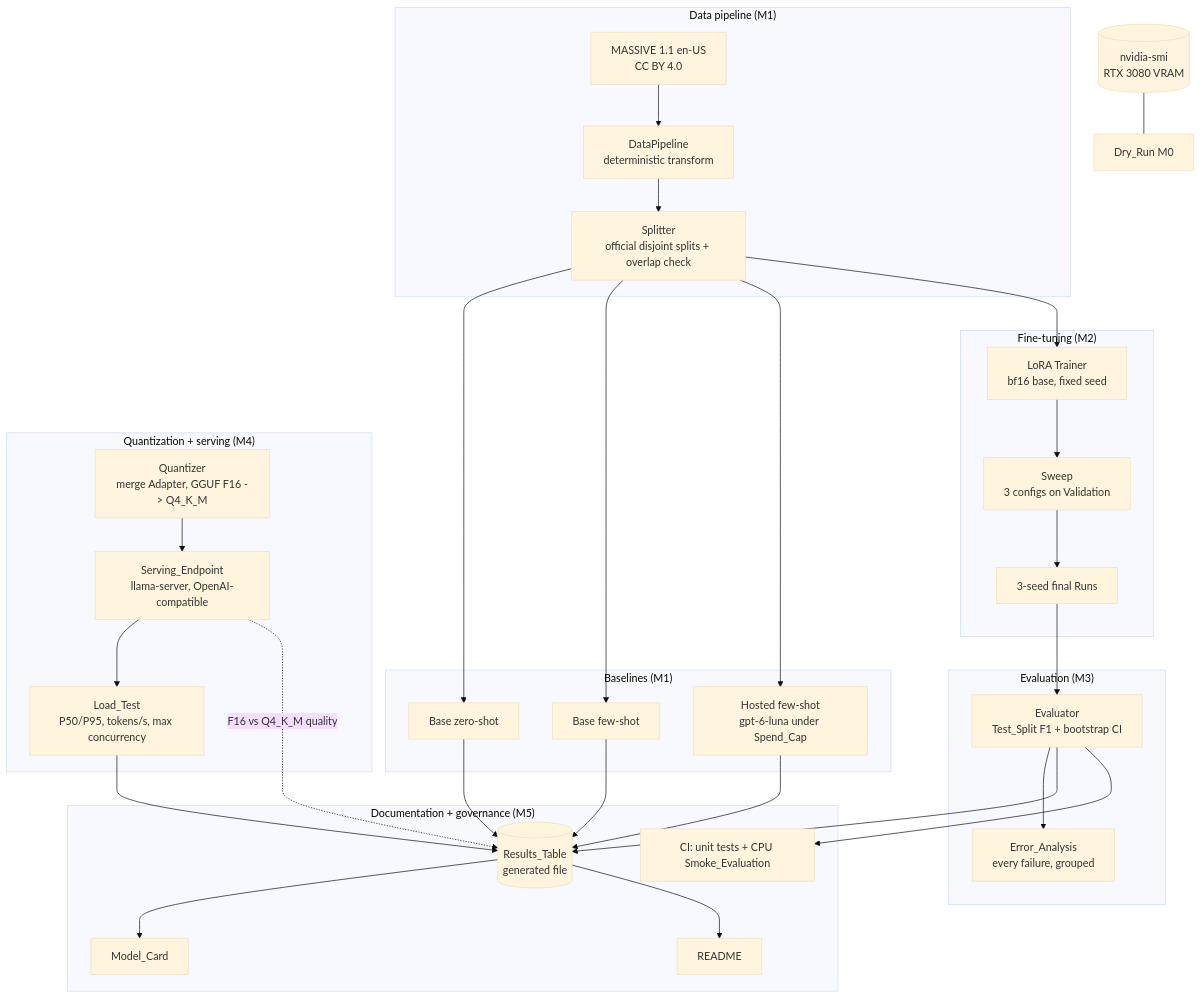
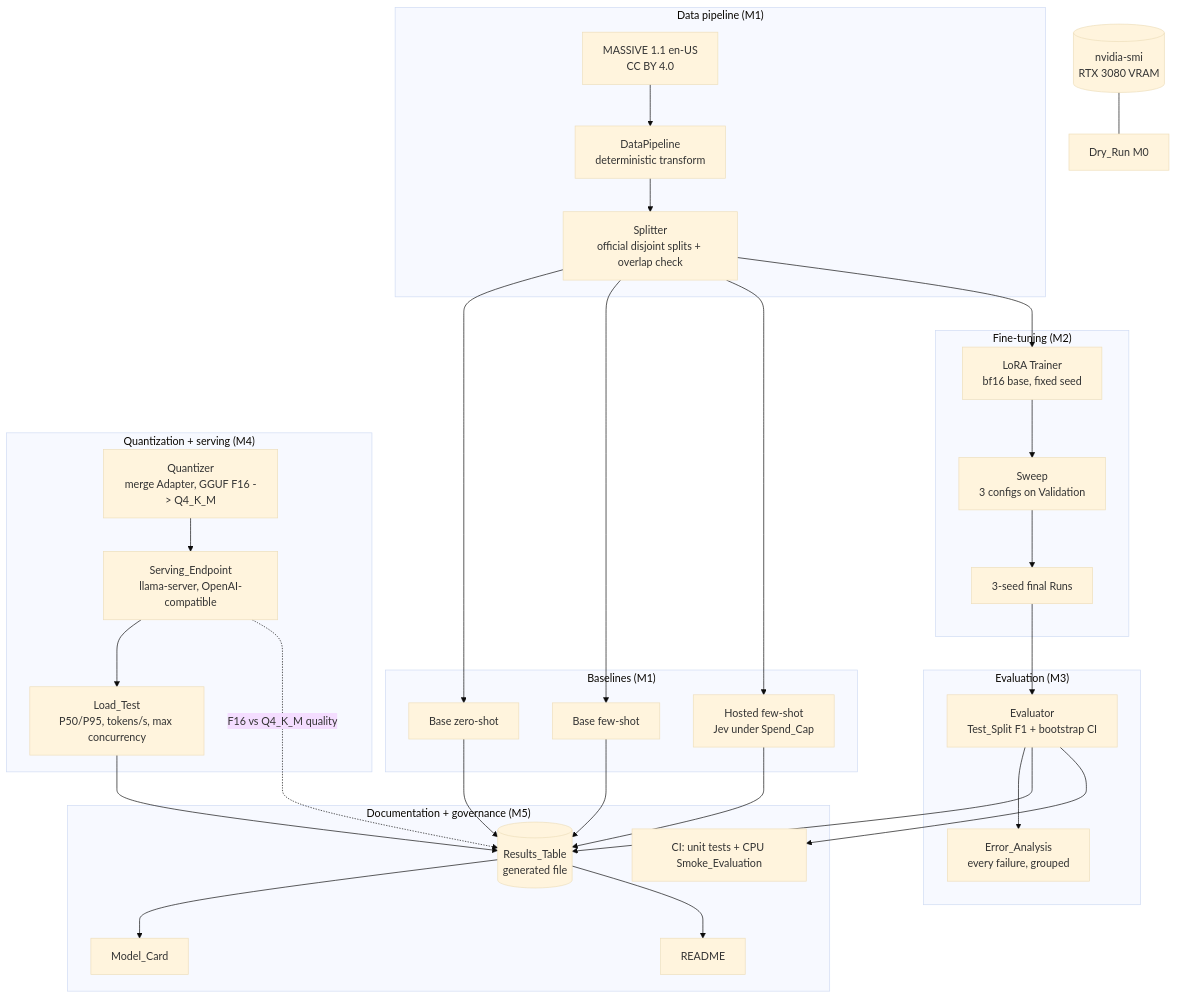
One commit to OctaviusLeo/Finetune-And-Serve changed the first of 2 diagrams in .kiro/specs/finetune-and-serve/design.md. Above: the diagram before and after it, drawn with Mermaid (base theme). The commit also changed other lines of this file and 27 other files, not shown here.

````diff
--- a/.kiro/specs/finetune-and-serve/design.md
+++ b/.kiro/specs/finetune-and-serve/design.md
@@ -47,53 +47,53 @@
 ```mermaid
 flowchart TB
     subgraph Data["Data pipeline (M1)"]
         DS[MASSIVE 1.1 en-US<br/>CC BY 4.0]
         PP[DataPipeline<br/>deterministic transform]
         SP[Splitter<br/>official disjoint splits + overlap check]
         DS --> PP --> SP
     end
 
     subgraph Base["Baselines (M1)"]
         BZ[Base zero-shot]
         BF[Base few-shot]
-        HF[Hosted few-shot<br/>gpt-6-luna under Spend_Cap]
+        HF[Hosted few-shot<br/>Jev under Spend_Cap]
     end
 
     subgraph Train["Fine-tuning (M2)"]
         TR[LoRA Trainer<br/>bf16 base, fixed seed]
         SW[Sweep<br/>3 configs on Validation]
         FR[3-seed final Runs]
         TR --> SW --> FR
     end
 
     subgraph Eval["Evaluation (M3)"]
         EV[Evaluator<br/>Test_Split F1 + bootstrap CI]
         EA[Error_Analysis<br/>every failure, grouped]
         EV --> EA
     end
 
     subgraph Serve["Quantization + serving (M4)"]
         QZ[Quantizer<br/>merge Adapter, GGUF F16 -> Q4_K_M]
         EP[Serving_Endpoint<br/>llama-server, OpenAI-compatible]
         LT[Load_Test<br/>P50/P95, tokens/s, max concurrency]
         QZ --> EP --> LT
     end
 
     subgraph Docs["Documentation + governance (M5)"]
         RT[(Results_Table<br/>generated file)]
         MC[Model_Card]
         RM[README]
         CI[CI: unit tests + CPU Smoke_Evaluation]
     end
 
     MS[(nvidia-smi<br/>RTX 3080 VRAM)] --- DR[Dry_Run M0]
     SP --> BZ & BF & HF
     SP --> TR
     FR --> EV
     EP -. F16 vs Q4_K_M quality .-> RT
     BZ & BF & HF --> RT
     EV --> RT
     LT --> RT
     RT --> MC & RM
     EV --> CI
 ```
````
